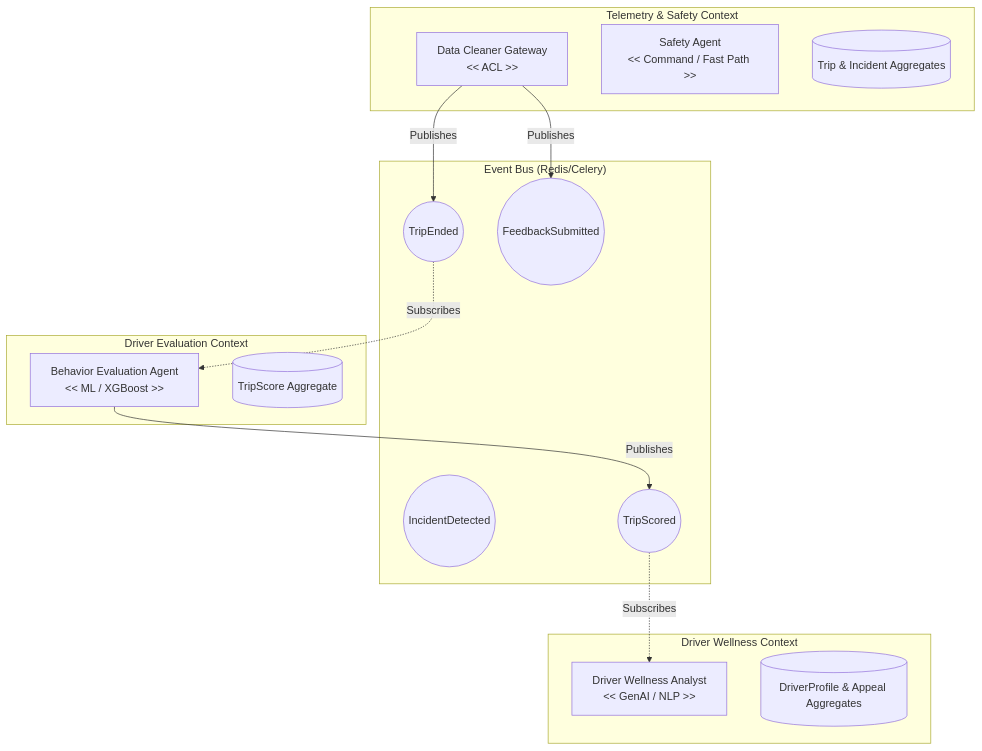
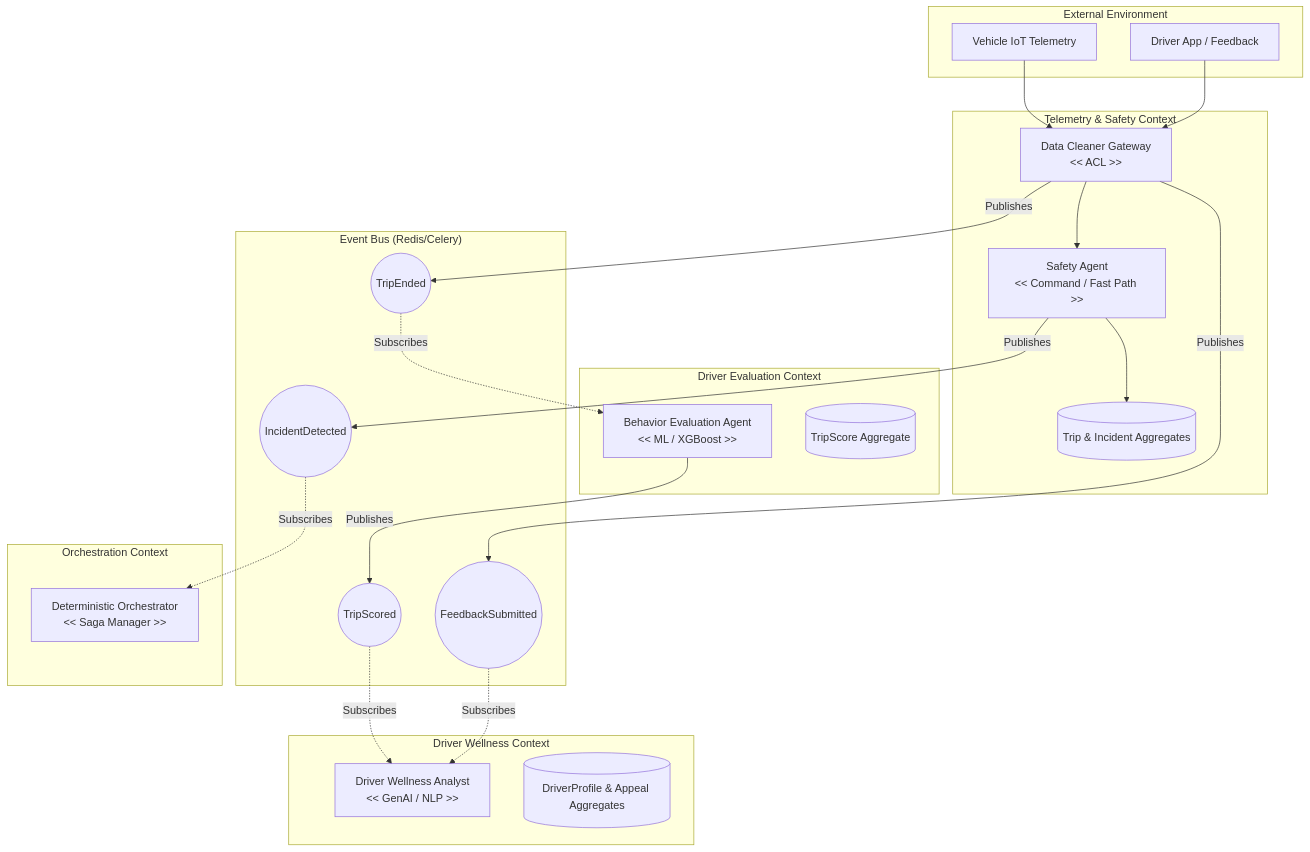
Before and after one commit to tracedata-ai/tracedata-ai-monorepo: the second of 3 diagrams in docs/01-project-documents/03-project-report.md, drawn with Mermaid. The commit also changed other lines of this file, not shown here.

````diff
--- a/docs/01-project-documents/03-project-report.md
+++ b/docs/01-project-documents/03-project-report.md
@@ -500,31 +500,50 @@
 ```mermaid
 graph TB
+    subgraph External["External Environment"]
+        IoT[Vehicle IoT Telemetry]
+        App[Driver App / Feedback]
+    end
+
     subgraph TelemetryContext["Telemetry & Safety Context"]
         ACL[Data Cleaner Gateway<br/><< ACL >>]
         Safety[Safety Agent<br/><< Command / Fast Path >>]
         Agg1[(Trip & Incident Aggregates)]
+        
+        ACL --> Safety
+        Safety --> Agg1
     end
 
     subgraph EventBus["Event Bus (Redis/Celery)"]
         E1((TripEnded))
         E2((IncidentDetected))
         E3((TripScored))
         E4((FeedbackSubmitted))
     end
 
     subgraph EvaluationContext["Driver Evaluation Context"]
         Behavior[Behavior Evaluation Agent<br/><< ML / XGBoost >>]
         Agg2[(TripScore Aggregate)]
     end
 
     subgraph WellnessContext["Driver Wellness Context"]
         Wellness[Driver Wellness Analyst<br/><< GenAI / NLP >>]
         Agg3[(DriverProfile & Appeal Aggregates)]
     end
 
+    subgraph OrchestrationContext["Orchestration Context"]
+        Orch[Deterministic Orchestrator<br/><< Saga Manager >>]
+    end
+
+    IoT --> ACL
+    App --> ACL
+    
     ACL -- Publishes --> E1
     ACL -- Publishes --> E4
+    Safety -- Publishes --> E2
     Behavior -- Publishes --> E3
+    
     E1 -. Subscribes .-> Behavior
     E3 -. Subscribes .-> Wellness
+    E4 -. Subscribes .-> Wellness
+    E2 -. Subscribes .-> Orch
 ```
````
